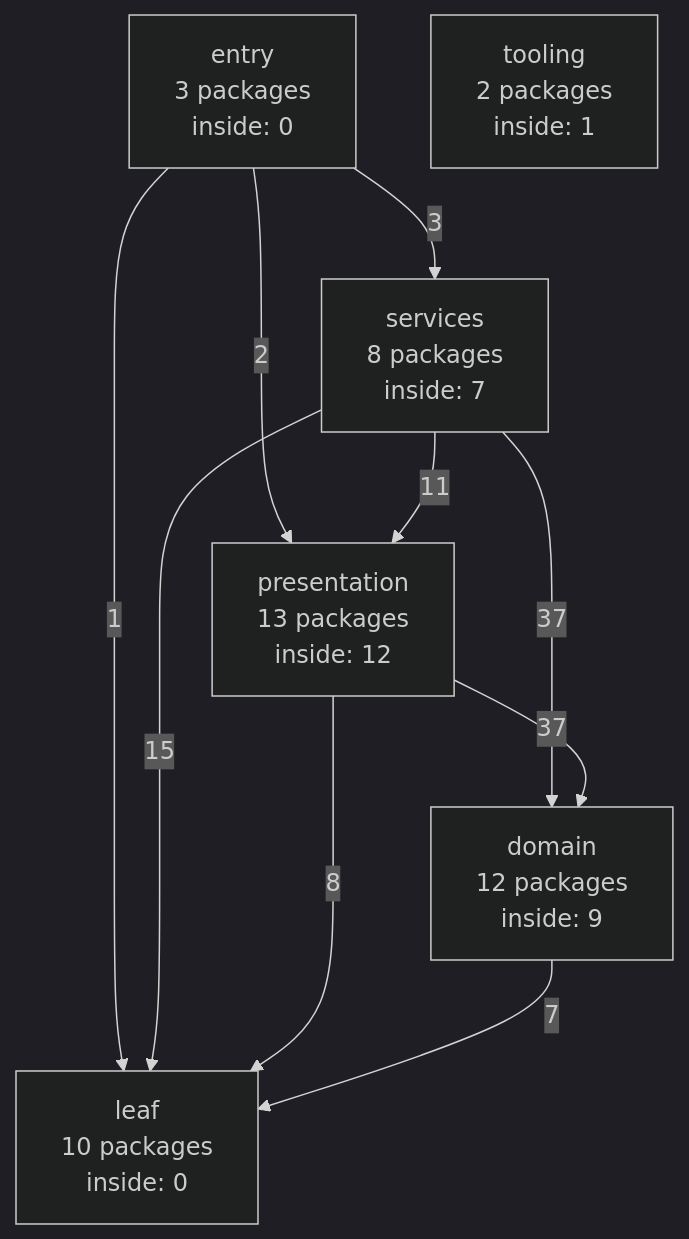
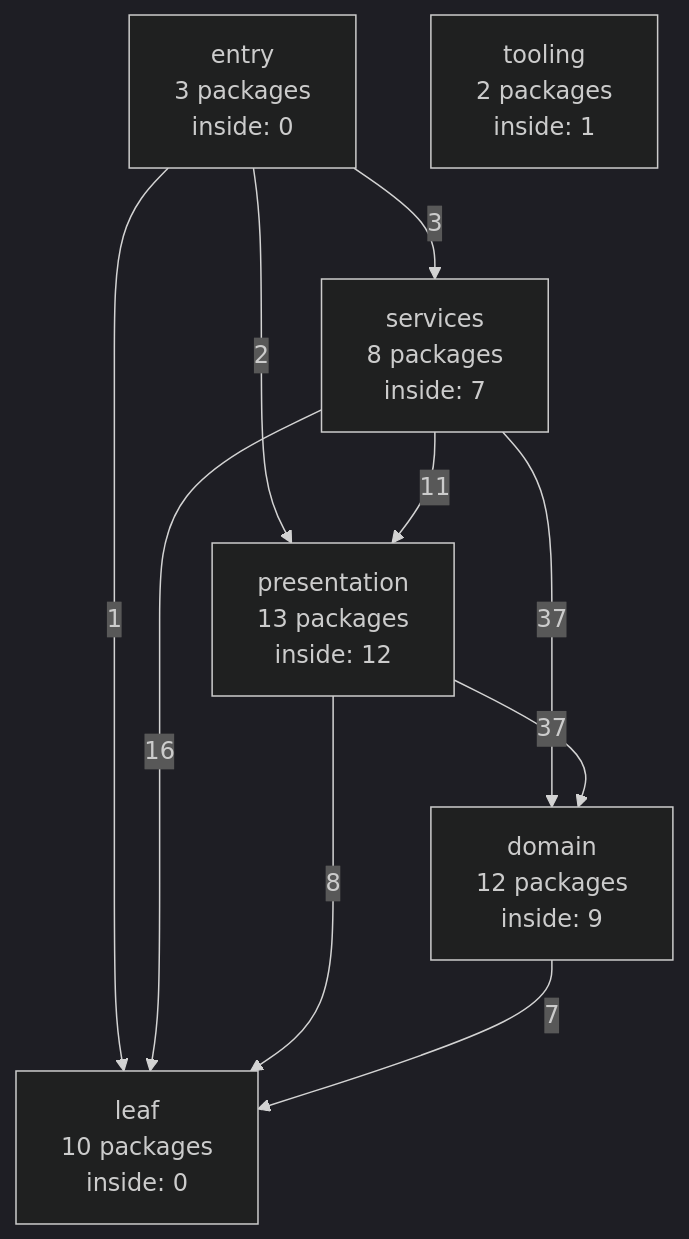
One commit to ladydascalie/dm changed the diagram in docs/internals/generated/package-graph.md. Above: the diagram before and after it, drawn with Mermaid (dark theme). The commit also changed other lines of this file, not shown here.

Commit message:
dungeon: commit lane work for unit package-graph

````diff
--- a/docs/internals/generated/package-graph.md
+++ b/docs/internals/generated/package-graph.md
@@ -58,18 +58,18 @@
 ```mermaid
 flowchart TD
   entry["entry<br/>3 packages<br/>inside: 0"]
   services["services<br/>8 packages<br/>inside: 7"]
   presentation["presentation<br/>13 packages<br/>inside: 12"]
   domain["domain<br/>12 packages<br/>inside: 9"]
   leaf["leaf<br/>10 packages<br/>inside: 0"]
   tooling["tooling<br/>2 packages<br/>inside: 1"]
   entry -->|3| services
   entry -->|2| presentation
   entry -->|1| leaf
   services -->|11| presentation
   services -->|37| domain
-  services -->|15| leaf
+  services -->|16| leaf
   presentation -->|37| domain
   presentation -->|8| leaf
   domain -->|7| leaf
 ```
````
